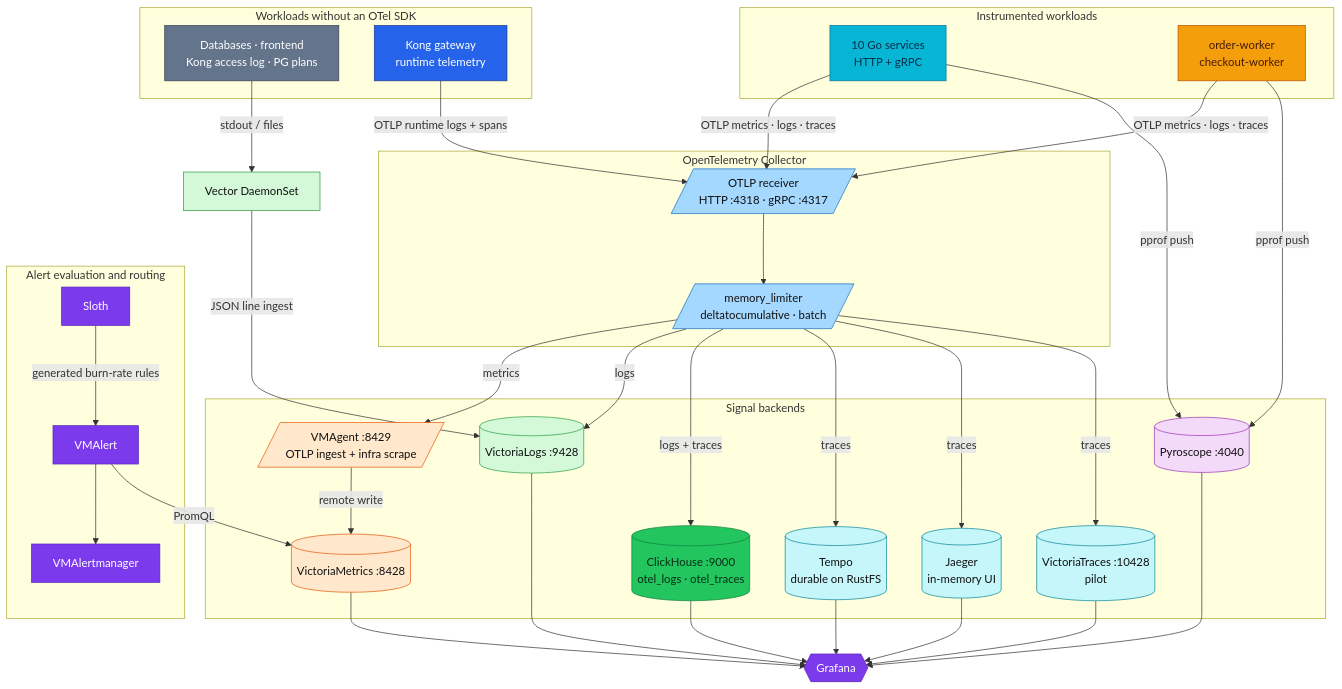
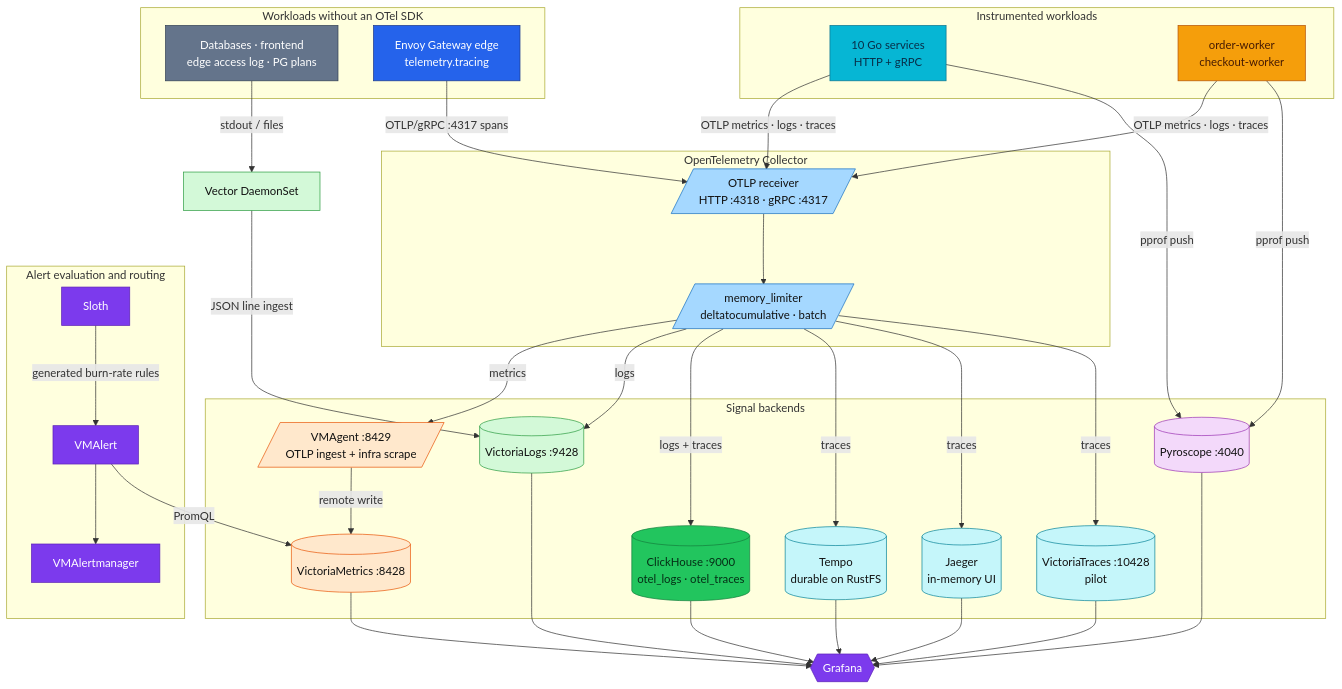
The first of 5 diagrams in docs/observability/README.md (duynhlab/homelab), drawn with Mermaid before and after one commit. The commit also changed other lines of this file and 30 other files, not shown here.

````diff
--- a/docs/observability/README.md
+++ b/docs/observability/README.md
@@ -28,8 +28,8 @@
     end
 
     subgraph nonSdk["Workloads without an OTel SDK"]
-        Infra["Databases · frontend<br/>Kong access log · PG plans"]
-        Kong["Kong gateway<br/>runtime telemetry"]
+        Infra["Databases · frontend<br/>edge access log · PG plans"]
+        Edge["Envoy Gateway edge<br/>telemetry.tracing"]
     end
 
     subgraph collectorNode["OpenTelemetry Collector"]
@@ -64,7 +64,7 @@
     Services & Workers -->|"OTLP metrics · logs · traces"| Receiver
     Services & Workers -->|"pprof push"| Pyro
     Infra -->|"stdout / files"| Vector
-    Kong -->|"OTLP runtime logs + spans"| Receiver
+    Edge -->|"OTLP/gRPC :4317 spans"| Receiver
     Processors -->|"metrics"| VMAgent
     Processors -->|"logs"| VLogs
     Processors -->|"logs + traces"| CH
@@ -103,6 +103,6 @@
     class CH data;
     class Pyro profile;
     class Sloth,VMAlert,VMAM,Grafana platform;
-    class Kong edge;
+    class Edge edge;
     class Infra external;
 ```
````
